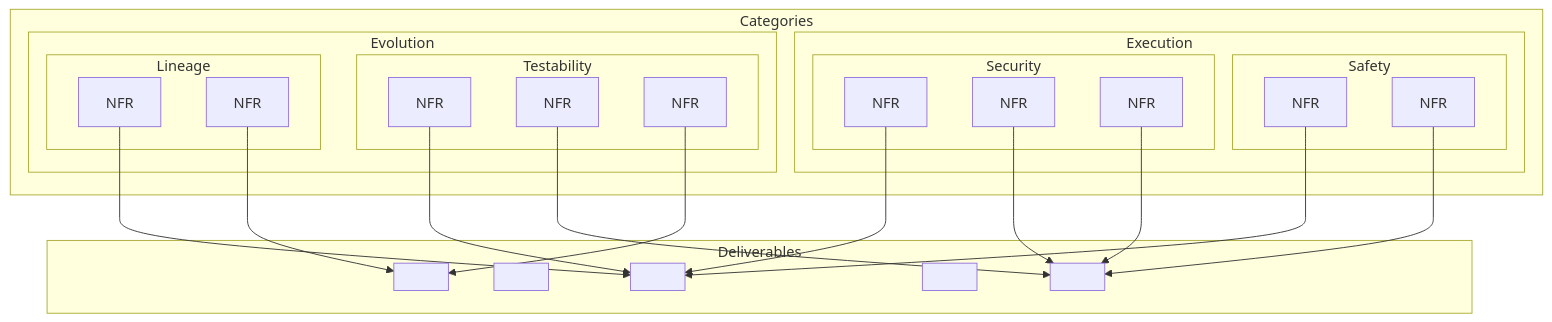
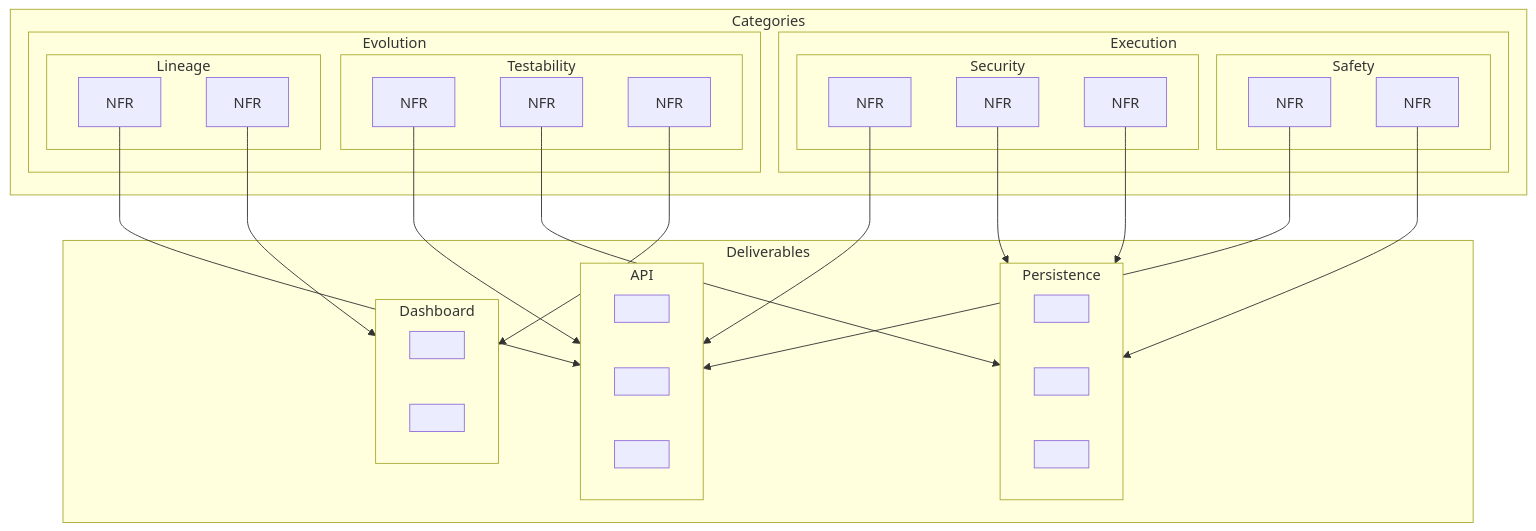
Before and after one commit to freemansoft/NFRs: the diagram in README.md, drawn with Mermaid.

Commit message:
yet another mermaid change

````diff
--- a/README.md
+++ b/README.md
@@ -122,59 +122,68 @@
 ```mermaid
 flowchart TD;
 
     subgraph subcategory1a[Safety]
         NFR1a1[NFR]
         NFR1a2[NFR]
     end
     subgraph subcategory1b[Security]
         NFR1b1[NFR]
         NFR1b2[NFR]
         NFR1b3[NFR]
     end
     subgraph subcategory2a[Testability]
         NFR2a1[NFR]
         NFR2a2[NFR]
         NFR2a3[NFR]
     end
     subgraph subcategory2b[Lineage]
         NFR2b1[NFR]
         NFR2b2[NFR]
     end
 
     subgraph category1[Execution]
         subcategory1a
         subcategory1b
     end
 
     subgraph category2[Evolution]
         subcategory2a
         subcategory2b
     end
     
     subgraph Categories
         category1
         category2
     end
     
     subgraph Deployables[Deliverables]
-        DeployableType1[ ]
-        DeployableType1b[ ]
-        DeployableType2[ ]
-        DeployableType2b[ ]
-        DeployableType3[ ]
+        subgraph API
+            DeployableType1a[ ]
+            DeployableType1b[ ]
+            DeployableType1c[ ]
+        end
+        subgraph Persistence
+            DeployableType2a[ ]
+            DeployableType2b[ ]
+            DeployableType2c[ ]
+        end
+        subgraph Dashboard
+            DeployableType3a[ ]
+            DeployableType3b[ ]
+        end
     end
 
-    NFR1a1 --> DeployableType1
-    NFR1a2 --> DeployableType2
+    NFR1a1 --> API
+    NFR1a2 --> Persistence
 
-    NFR1b1 --> DeployableType1
-    NFR1b2 --> DeployableType2
-    NFR1b3 --> DeployableType2
+    NFR1b1 --> API
+    NFR1b2 --> Persistence
+    NFR1b3 --> Persistence
 
-    NFR2a1 --> DeployableType1
-    NFR2a2 --> DeployableType2
-    NFR2a3 --> DeployableType3
+    NFR2a1 --> API
+    NFR2a2 --> Persistence
+    NFR2a3 --> Dashboard
 
-    NFR2b1 --> DeployableType1
-    NFR2b2 --> DeployableType3
+    NFR2b1 --> API
+    NFR2b2 --> Dashboard
 ```
````
